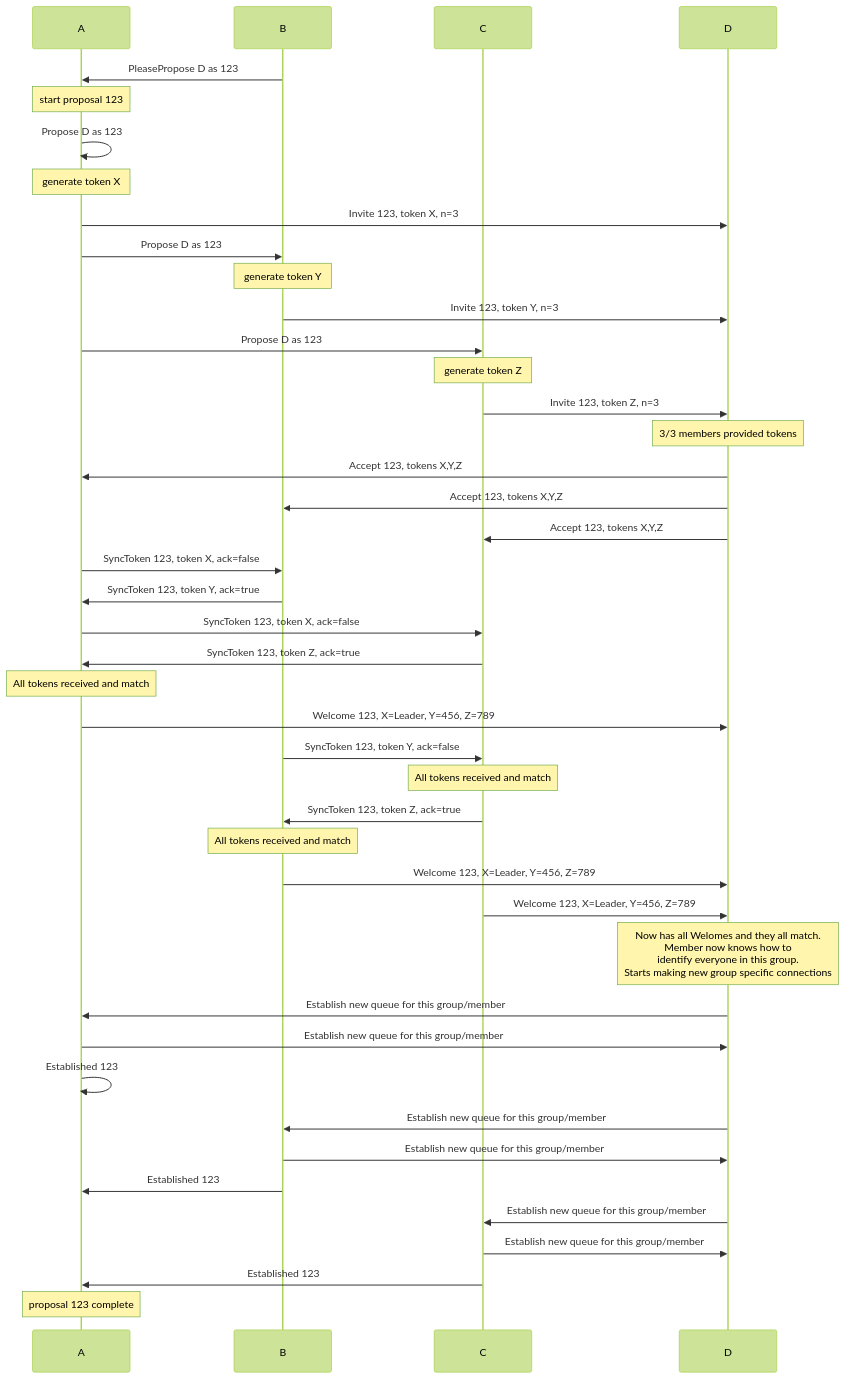
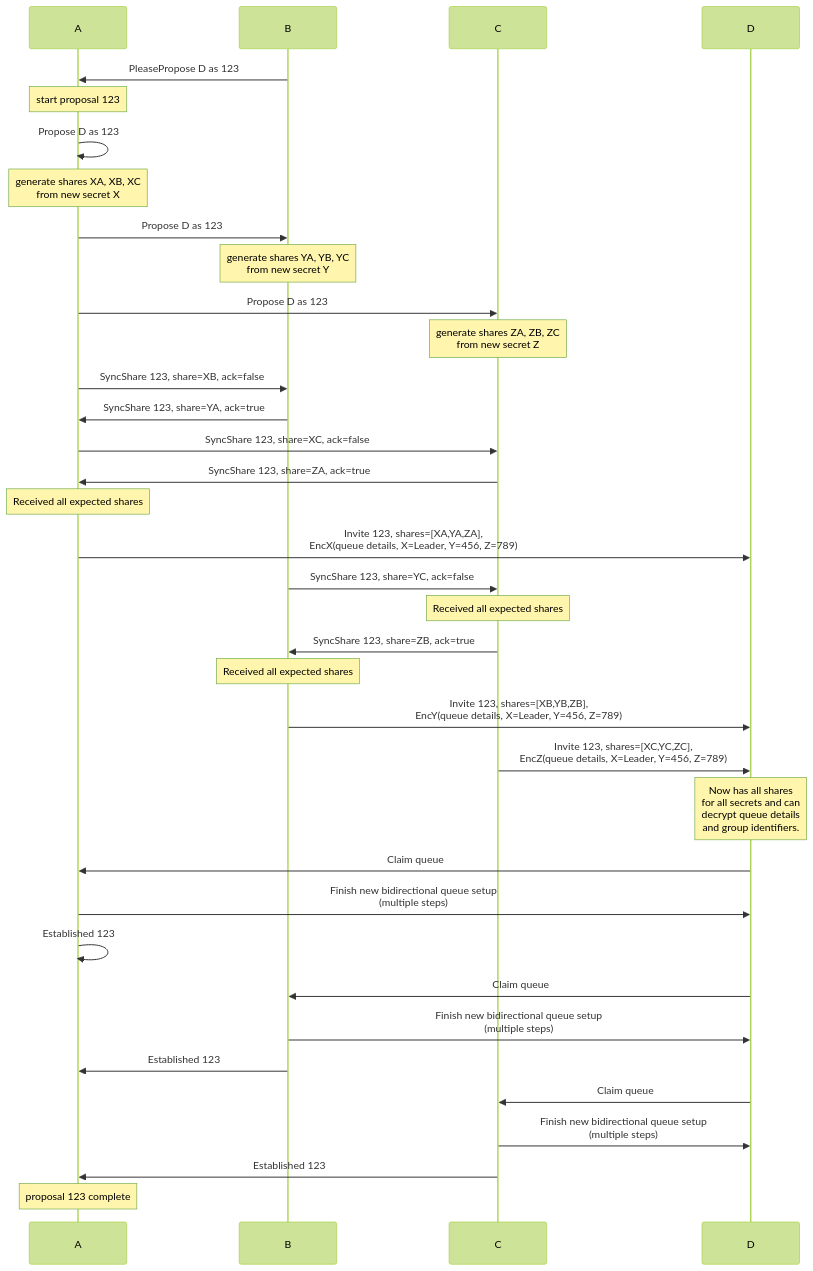
The fourth of 8 diagrams in rfcs/2022-06-11-private-groups.md (simplex-chat/simplexmq), drawn with Mermaid (forest theme) before and after one commit. The commit also changed other lines of this file and 1 other file, not shown here.

Commit message:
Update the remainder of the RFC markdown file to describe the secret splitting approach, rather than the original token based approach.

````diff
--- a/rfcs/2022-06-11-private-groups.md
+++ b/rfcs/2022-06-11-private-groups.md
@@ -218,45 +209,38 @@
 ```mermaid
 sequenceDiagram
     participant A
     participant B
     participant C
     participant D
     B->>A: PleasePropose D as 123
     note over A: start proposal 123
     A->>A: Propose D as 123
-    note over A: generate token X
-    A->>D: Invite 123, token X, n=3
+    note over A: generate shares XA, XB, XC<br>from new secret X
     A->>B: Propose D as 123
-    note over B: generate token Y
-    B->>D: Invite 123, token Y, n=3
+    note over B: generate shares YA, YB, YC<br>from new secret Y
     A->>C: Propose D as 123
-    note over C: generate token Z
-    C->>D: Invite 123, token Z, n=3
-    note over D: 3/3 members provided tokens
-    D->>A: Accept 123, tokens X,Y,Z
-    D->>B: Accept 123, tokens X,Y,Z
-    D->>C: Accept 123, tokens X,Y,Z
-    A->>B: SyncToken 123, token X, ack=false
-    B->>A: SyncToken 123, token Y, ack=true
-    A->>C: SyncToken 123, token X, ack=false
-    C->>A: SyncToken 123, token Z, ack=true
-    note over A: All tokens received and match
-    A->>D: Welcome 123, X=Leader, Y=456, Z=789
-    B->>C: SyncToken 123, token Y, ack=false
-    note over C: All tokens received and match
-    C->>B: SyncToken 123, token Z, ack=true
-    note over B: All tokens received and match
-    B->>D: Welcome 123, X=Leader, Y=456, Z=789
-    C->>D: Welcome 123, X=Leader, Y=456, Z=789
-    note over D: Now has all Welomes and they all match.<br>Member now knows how to<br>identify everyone in this group.<br>Starts making new group specific connections
-    D->>A: Establish new queue for this group/member
-    A->>D: Establish new queue for this group/member
+    note over C: generate shares ZA, ZB, ZC<br>from new secret Z
+    A->>B: SyncShare 123, share=XB, ack=false
+    B->>A: SyncShare 123, share=YA, ack=true
+    A->>C: SyncShare 123, share=XC, ack=false
+    C->>A: SyncShare 123, share=ZA, ack=true
+    note over A: Received all expected shares
+    A->>D: Invite 123, shares=[XA,YA,ZA],<br>EncX(queue details, X=Leader, Y=456, Z=789)
+    B->>C: SyncShare 123, share=YC, ack=false
+    note over C: Received all expected shares
+    C->>B: SyncShare 123, share=ZB, ack=true
+    note over B: Received all expected shares
+    B->>D: Invite 123, shares=[XB,YB,ZB],<br>EncY(queue details, X=Leader, Y=456, Z=789)
+    C->>D: Invite 123, shares=[XC,YC,ZC],<br>EncZ(queue details, X=Leader, Y=456, Z=789)
+    note over D: Now has all shares<br>for all secrets and can<br>decrypt queue details<br>and group identifiers.
+    D->>A: Claim queue
+    A->>D: Finish new bidirectional queue setup<br>(multiple steps)
     A->>A: Established 123
-    D->>B: Establish new queue for this group/member
-    B->>D: Establish new queue for this group/member
+    D->>B: Claim queue
+    B->>D: Finish new bidirectional queue setup<br>(multiple steps)
     B->>A: Established 123
-    D->>C: Establish new queue for this group/member
-    C->>D: Establish new queue for this group/member
+    D->>C: Claim queue
+    C->>D: Finish new bidirectional queue setup<br>(multiple steps)
     C->>A: Established 123
     note over A: proposal 123 complete
 ```
````
